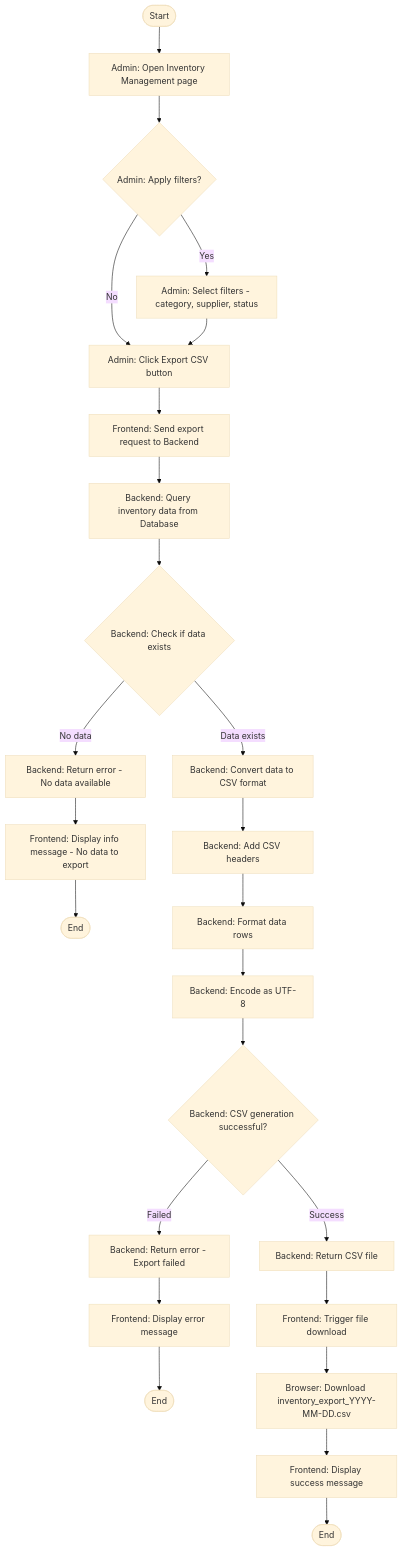
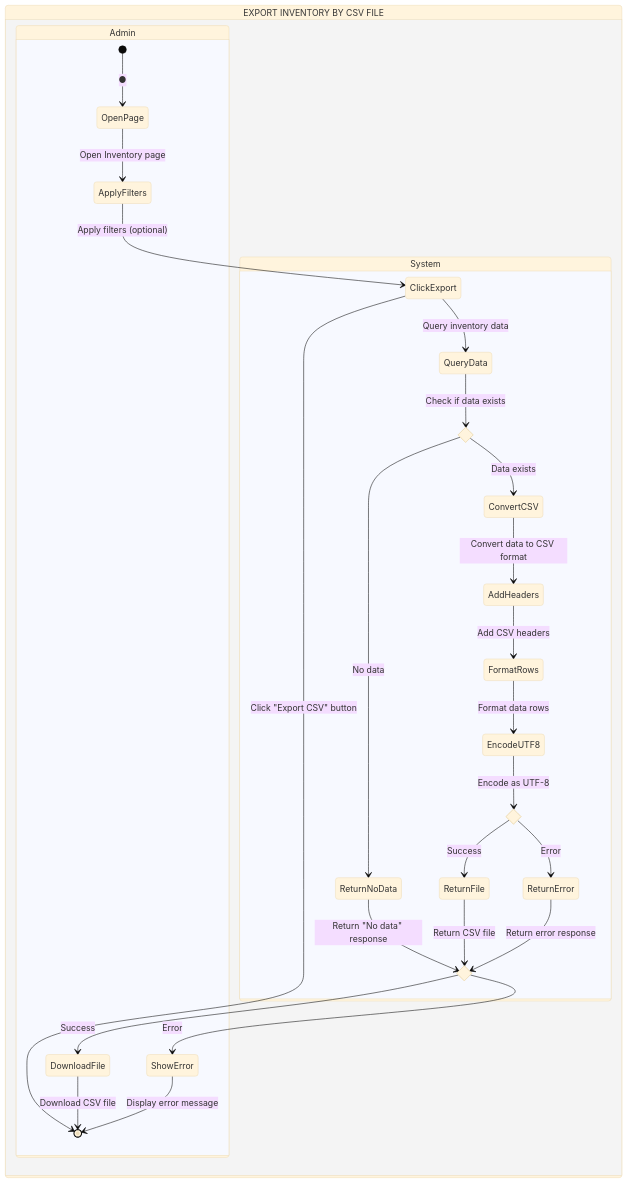
The second of 6 diagrams in UML_Activity_Diagrams.md (phuongloannn/bicycle-web-FE), drawn with Mermaid (base theme) before and after one commit. The commit also changed other lines of this file, not shown here.

Commit message:
Add UML Activity Diagrams with swimlanes for Inventory and Category Management

````diff
--- a/UML_Activity_Diagrams.md
+++ b/UML_Activity_Diagrams.md
@@ -63,35 +85,40 @@
 ```mermaid
-flowchart TD
-    Start([Start]) --> OpenPage[Admin: Open Inventory Management page]
-    OpenPage --> ApplyFilters{Admin: Apply filters?}
-    
-    ApplyFilters -->|Yes| SelectFilters[Admin: Select filters - category, supplier, status]
-    ApplyFilters -->|No| ClickExport[Admin: Click Export CSV button]
-    
-    SelectFilters --> ClickExport
-    ClickExport --> SendRequest[Frontend: Send export request to Backend]
-    
-    SendRequest --> QueryData[Backend: Query inventory data from Database]
-    QueryData --> CheckData{Backend: Check if data exists}
-    
-    CheckData -->|No data| ReturnNoData[Backend: Return error - No data available]
-    ReturnNoData --> DisplayNoData[Frontend: Display info message - No data to export]
-    DisplayNoData --> End1([End])
-    
-    CheckData -->|Data exists| ConvertCSV[Backend: Convert data to CSV format]
-    ConvertCSV --> AddHeaders[Backend: Add CSV headers]
-    AddHeaders --> FormatRows[Backend: Format data rows]
-    FormatRows --> EncodeUTF8[Backend: Encode as UTF-8]
-    
-    EncodeUTF8 --> CheckGeneration{Backend: CSV generation successful?}
-    
-    CheckGeneration -->|Failed| ReturnError[Backend: Return error - Export failed]
-    ReturnError --> DisplayError[Frontend: Display error message]
-    DisplayError --> End2([End])
-    
-    CheckGeneration -->|Success| ReturnCSV[Backend: Return CSV file]
-    ReturnCSV --> TriggerDownload[Frontend: Trigger file download]
-    TriggerDownload --> DownloadFile[Browser: Download inventory_export_YYYY-MM-DD.csv]
-    DownloadFile --> ShowSuccess[Frontend: Display success message]
-    ShowSuccess --> End3([End])
+stateDiagram-v2
+    state "EXPORT INVENTORY BY CSV FILE" as frame {
+        state "Admin" as admin_col {
+            [*] --> OpenPage: ●
+            OpenPage --> ApplyFilters: Open Inventory page
+            ApplyFilters --> ClickExport: Apply filters (optional)
+            ClickExport --> [*]: Click "Export CSV" button
+            
+            state DisplayResult <<choice>>
+            DisplayResult --> DownloadFile: Success
+            DisplayResult --> ShowError: Error
+            DownloadFile --> [*]: Download CSV file
+            ShowError --> [*]: Display error message
+        }
+        
+        state "System" as system_col {
+            state CheckData <<choice>>
+            state GenerateCSV <<choice>>
+            
+            ClickExport --> QueryData: Query inventory data
+            QueryData --> CheckData: Check if data exists
+            
+            CheckData --> ConvertCSV: Data exists
+            CheckData --> ReturnNoData: No data
+            ReturnNoData --> DisplayResult: Return "No data" response
+            
+            ConvertCSV --> AddHeaders: Convert data to CSV format
+            AddHeaders --> FormatRows: Add CSV headers
+            FormatRows --> EncodeUTF8: Format data rows
+            EncodeUTF8 --> GenerateCSV: Encode as UTF-8
+            
+            GenerateCSV --> ReturnFile: Success
+            GenerateCSV --> ReturnError: Error
+            
+            ReturnFile --> DisplayResult: Return CSV file
+            ReturnError --> DisplayResult: Return error response
+        }
+    }
 ```
````
